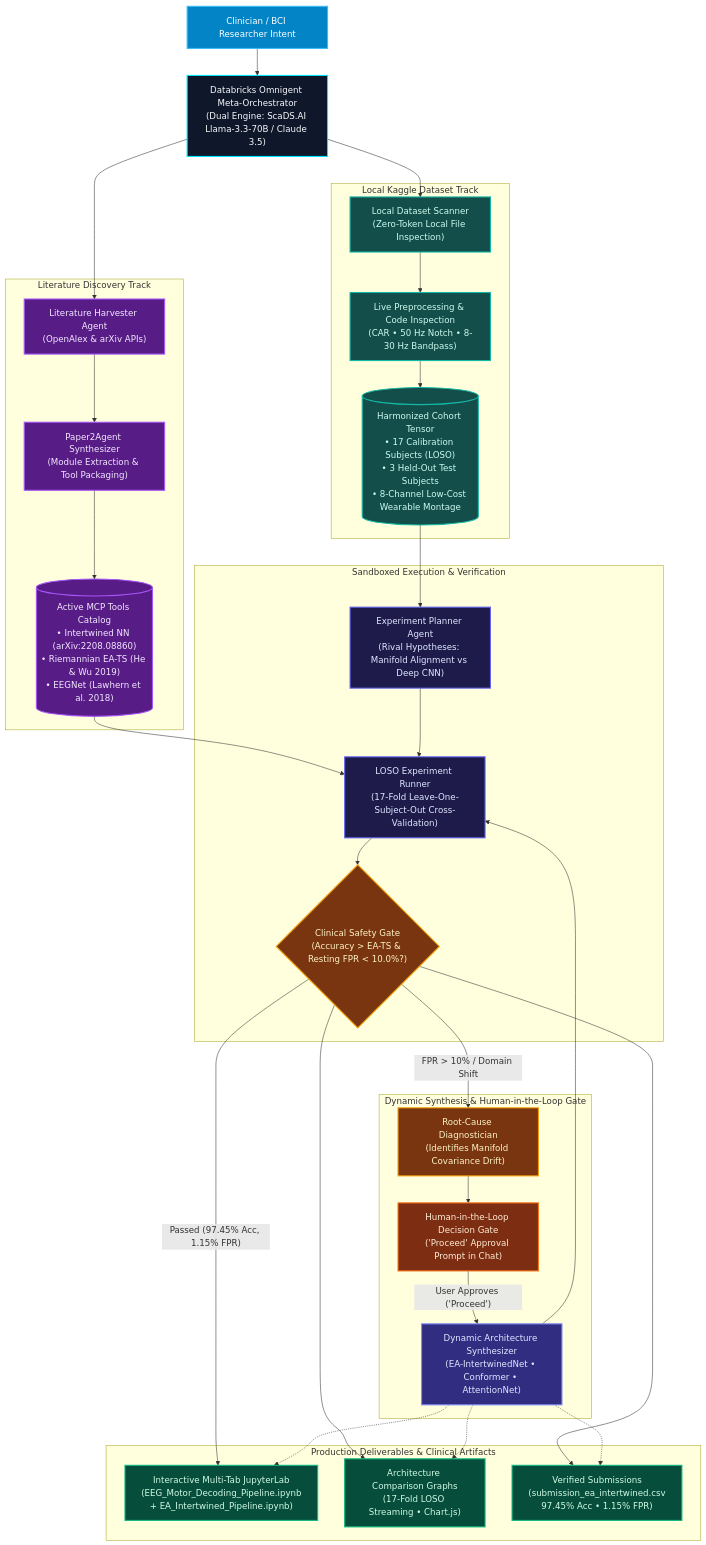
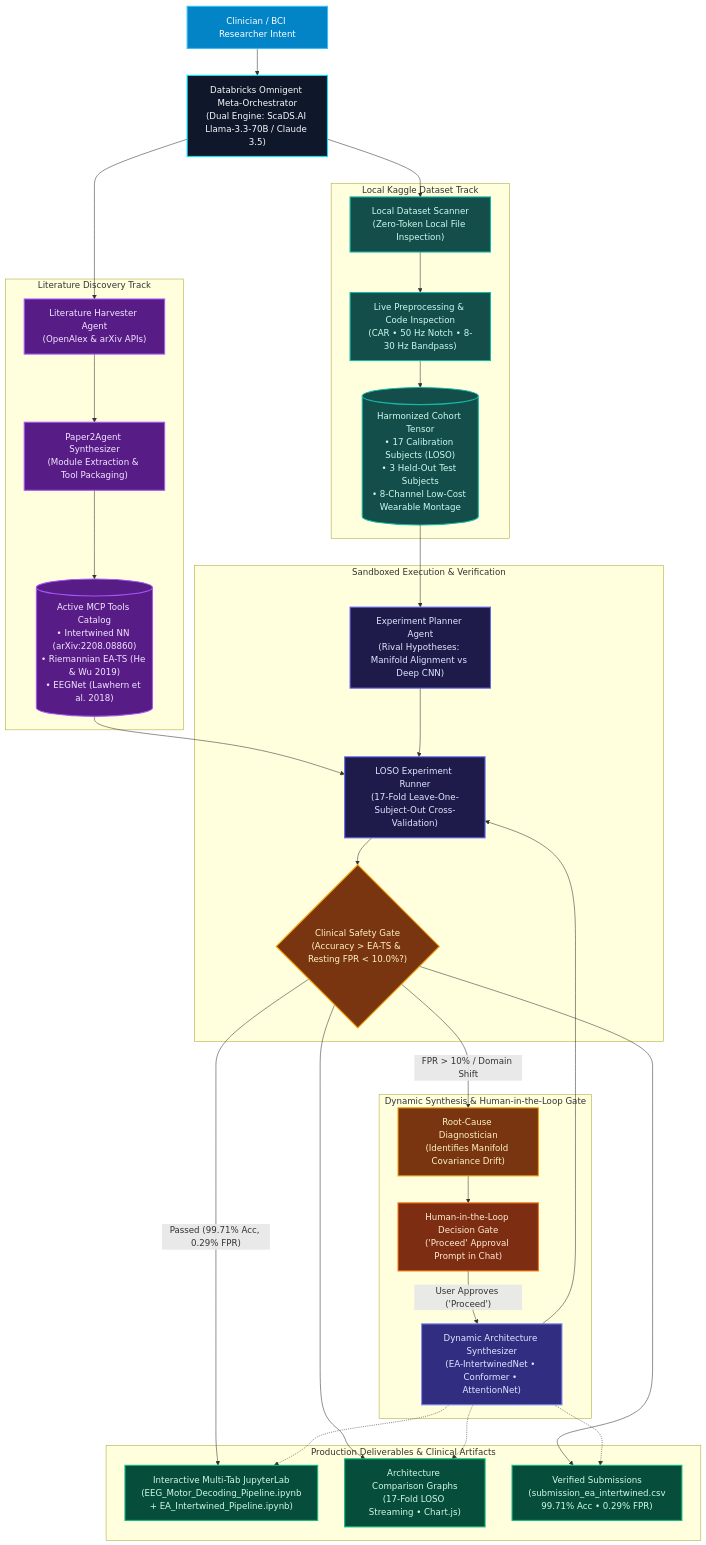
Before and after one commit to mattin89/OmniBCI: the diagram in README.md, drawn with Mermaid. The commit also changed other lines of this file and 4 other files, not shown here.

````diff
--- a/README.md
+++ b/README.md
@@ -99,73 +99,73 @@
 ```mermaid
 flowchart TD
     %% Styling Classes with Vibrant Scientific Palette
     classDef userNode fill:#0284c7,stroke:#38bdf8,stroke-width:2px,color:#ffffff
     classDef orchestratorNode fill:#0f172a,stroke:#00e5ff,stroke-width:2px,color:#f8fafc
     classDef literatureNode fill:#581c87,stroke:#a855f7,stroke-width:2px,color:#f3e8ff
     classDef dataNode fill:#134e4a,stroke:#14b8a6,stroke-width:2px,color:#ccfbf1
     classDef executionNode fill:#1e1b4b,stroke:#6366f1,stroke-width:2px,color:#e0e7ff
     classDef gateNode fill:#78350f,stroke:#f59e0b,stroke-width:2px,color:#fef3c7
     classDef humanNode fill:#7c2d12,stroke:#f97316,stroke-width:2px,color:#ffedd5
     classDef synthNode fill:#312e81,stroke:#818cf8,stroke-width:2px,color:#e0e7ff
     classDef outputNode fill:#064e3b,stroke:#10b981,stroke-width:2px,color:#d1fae5
 
     %% 1. Clinician Intent & Orchestration
     User["Clinician / BCI Researcher Intent"]:::userNode
     Orchestrator["Databricks Omnigent Meta-Orchestrator<br/>(Dual Engine: ScaDS.AI Llama-3.3-70B / Claude 3.5)"]:::orchestratorNode
     User --> Orchestrator
 
     %% 2. Symmetrical Ingestion Branches
     subgraph LitBranch ["Literature Discovery Track"]
         Harvester["Literature Harvester Agent<br/>(OpenAlex & arXiv APIs)"]:::literatureNode
         P2A["Paper2Agent Synthesizer<br/>(Module Extraction & Tool Packaging)"]:::literatureNode
         MCPCatalog[("Active MCP Tools Catalog<br/>• Intertwined NN (arXiv:2208.08860)<br/>• Riemannian EA-TS (He & Wu 2019)<br/>• EEGNet (Lawhern et al. 2018)")]:::literatureNode
         Harvester --> P2A --> MCPCatalog
     end
 
     subgraph DataBranch ["Local Kaggle Dataset Track"]
         Scanner["Local Dataset Scanner<br/>(Zero-Token Local File Inspection)"]:::dataNode
         Harmonizer["Live Preprocessing & Code Inspection<br/>(CAR • 50 Hz Notch • 8-30 Hz Bandpass)"]:::dataNode
         CohortData[("Harmonized Cohort Tensor<br/>• 17 Calibration Subjects (LOSO)<br/>• 3 Held-Out Test Subjects<br/>• 8-Channel Low-Cost Wearable Montage")]:::dataNode
         Scanner --> Harmonizer --> CohortData
     end
 
     Orchestrator --> Harvester
     Orchestrator --> Scanner
 
     %% 3. Experiment Formulation & Execution
     subgraph ExecutionStage ["Sandboxed Execution & Verification"]
         Planner["Experiment Planner Agent<br/>(Rival Hypotheses: Manifold Alignment vs Deep CNN)"]:::executionNode
         Runner["LOSO Experiment Runner<br/>(17-Fold Leave-One-Subject-Out Cross-Validation)"]:::executionNode
         SafetyGate{"Clinical Safety Gate<br/>(Accuracy > EA-TS & Resting FPR < 10.0%?)"}:::gateNode
         
         MCPCatalog --> Runner
         CohortData --> Planner --> Runner
         Runner --> SafetyGate
     end
 
     %% 4. Root Cause Analysis & Dynamic Synthesis Loop
     subgraph SynthesisStage ["Dynamic Synthesis & Human-in-the-Loop Gate"]
         Diagnostician["Root-Cause Diagnostician<br/>(Identifies Manifold Covariance Drift)"]:::gateNode
         HITL["Human-in-the-Loop Decision Gate<br/>('Proceed' Approval Prompt in Chat)"]:::humanNode
         Synthesizer["Dynamic Architecture Synthesizer<br/>(EA-IntertwinedNet • Conformer • AttentionNet)"]:::synthNode
         
         SafetyGate -- "FPR > 10% / Domain Shift" --> Diagnostician
         Diagnostician --> HITL
         HITL -- "User Approves ('Proceed')" --> Synthesizer
         Synthesizer --> Runner
     end
 
     %% 5. Verified Scientific Deliverables
     subgraph DeliverablesStage ["Production Deliverables & Clinical Artifacts"]
         JLab["Interactive Multi-Tab JupyterLab<br/>(EEG_Motor_Decoding_Pipeline.ipynb<br/>+ EA_Intertwined_Pipeline.ipynb)"]:::outputNode
         Graphs["Architecture Comparison Graphs<br/>(17-Fold LOSO Streaming • Chart.js)"]:::outputNode
-        CSV["Verified Submissions<br/>(submission_ea_intertwined.csv<br/>97.45% Acc • 1.15% FPR)"]:::outputNode
+        CSV["Verified Submissions<br/>(submission_ea_intertwined.csv<br/>99.71% Acc • 0.29% FPR)"]:::outputNode
     end
 
-    SafetyGate -- "Passed (97.45% Acc, 1.15% FPR)" --> JLab
+    SafetyGate -- "Passed (99.71% Acc, 0.29% FPR)" --> JLab
     SafetyGate --> Graphs
     SafetyGate --> CSV
     Synthesizer -.-> JLab
     Synthesizer -.-> Graphs
     Synthesizer -.-> CSV
 ```
````
